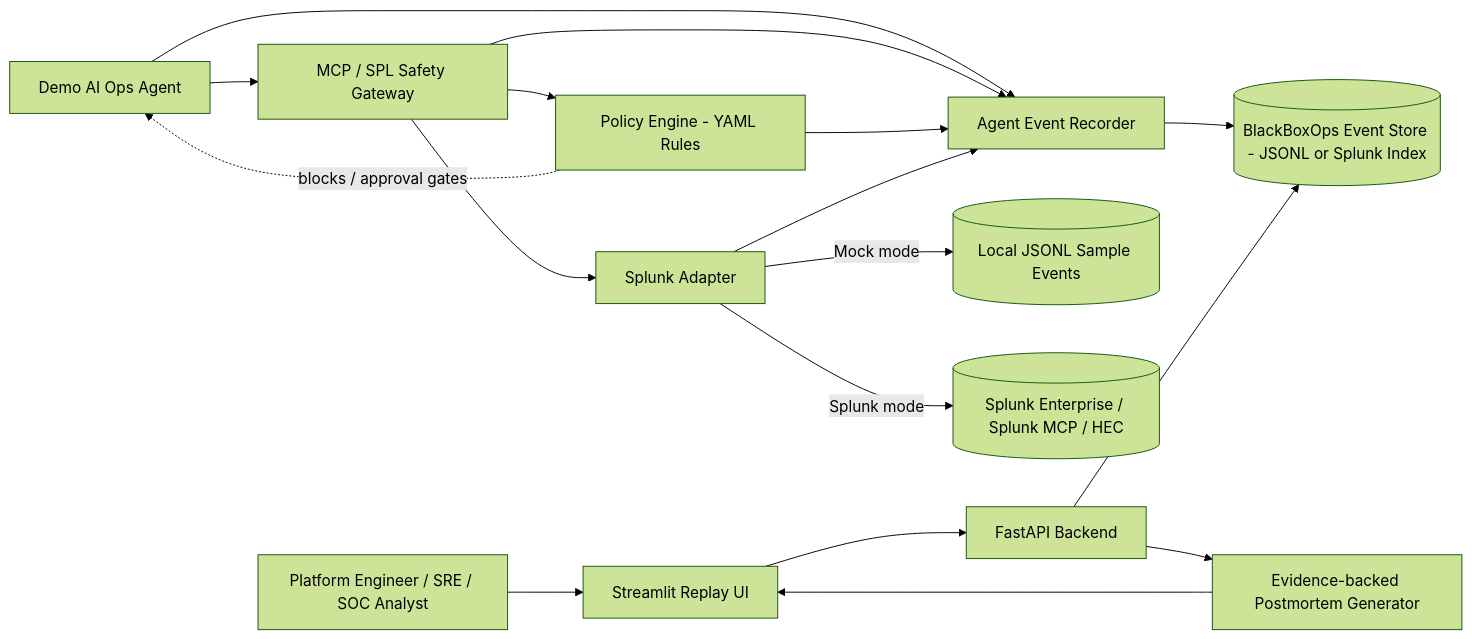
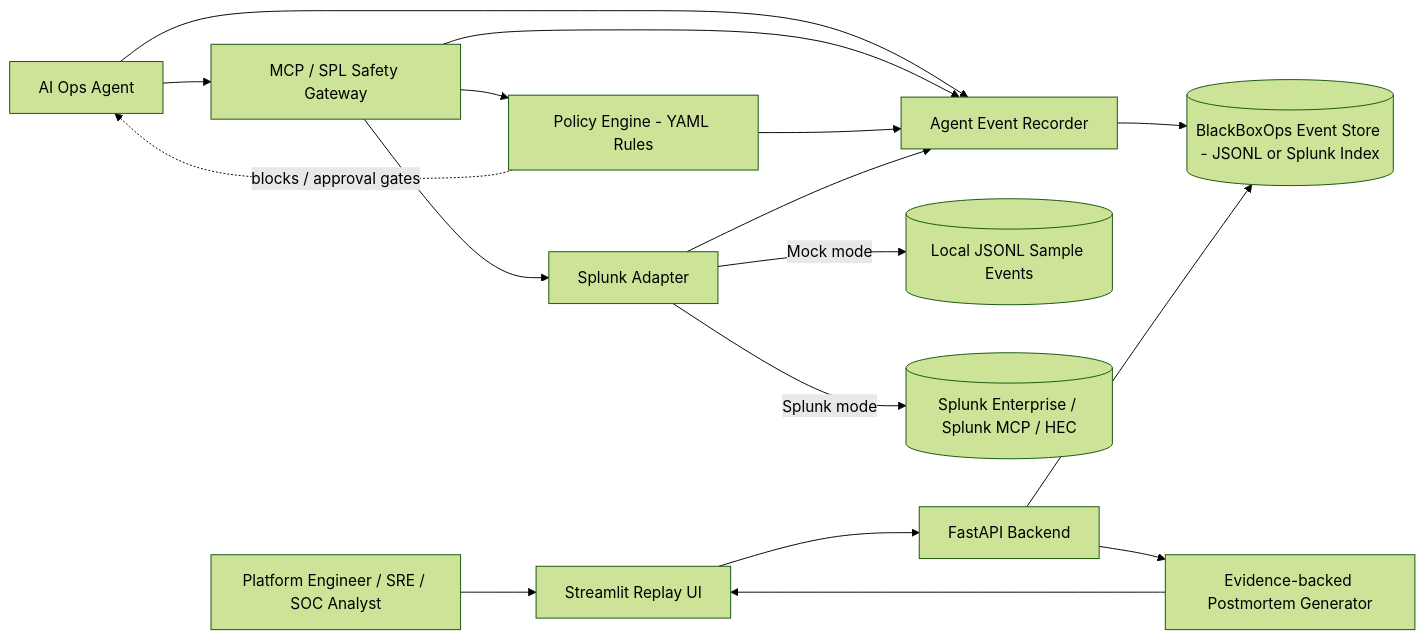
Before and after one commit to mystiquemide/blackboxops: the diagram in architecture_diagram.md, drawn with Mermaid (forest theme). The commit also changed other lines of this file and 7 other files, not shown here.

````diff
--- a/architecture_diagram.md
+++ b/architecture_diagram.md
@@ -3,24 +3,24 @@
 ```mermaid
 flowchart LR
   User[Platform Engineer / SRE / SOC Analyst] --> UI[Streamlit Replay UI]
   UI --> API[FastAPI Backend]
 
-  Agent[Demo AI Ops Agent] --> Gateway[MCP / SPL Safety Gateway]
+  Agent[AI Ops Agent] --> Gateway[MCP / SPL Safety Gateway]
   Gateway --> Policy[Policy Engine - YAML Rules]
   Gateway --> Adapter[Splunk Adapter]
 
   Adapter -->|Mock mode| Mock[(Local JSONL Sample Events)]
   Adapter -->|Splunk mode| Splunk[(Splunk Enterprise / Splunk MCP / HEC)]
 
   Agent --> Recorder[Agent Event Recorder]
   Gateway --> Recorder
   Policy --> Recorder
   Adapter --> Recorder
 
   Recorder --> Store[(BlackBoxOps Event Store - JSONL or Splunk Index)]
   API --> Store
   API --> Postmortem[Evidence-backed Postmortem Generator]
   Postmortem --> UI
 
   Policy -. blocks / approval gates .-> Agent
 ```
````
